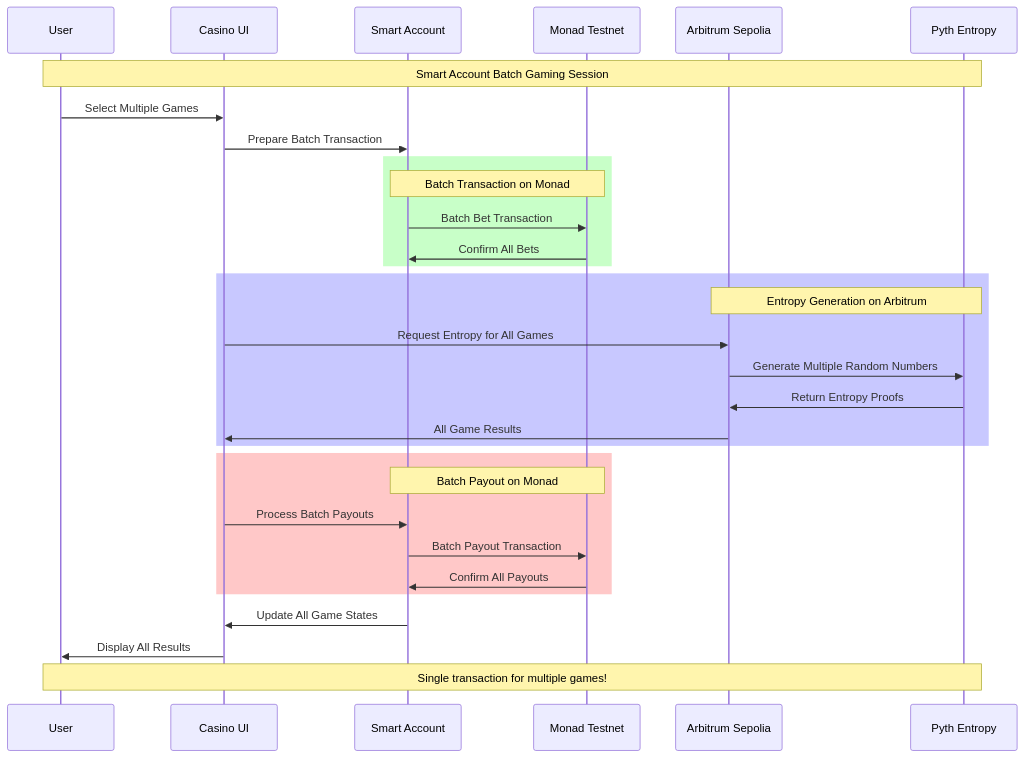
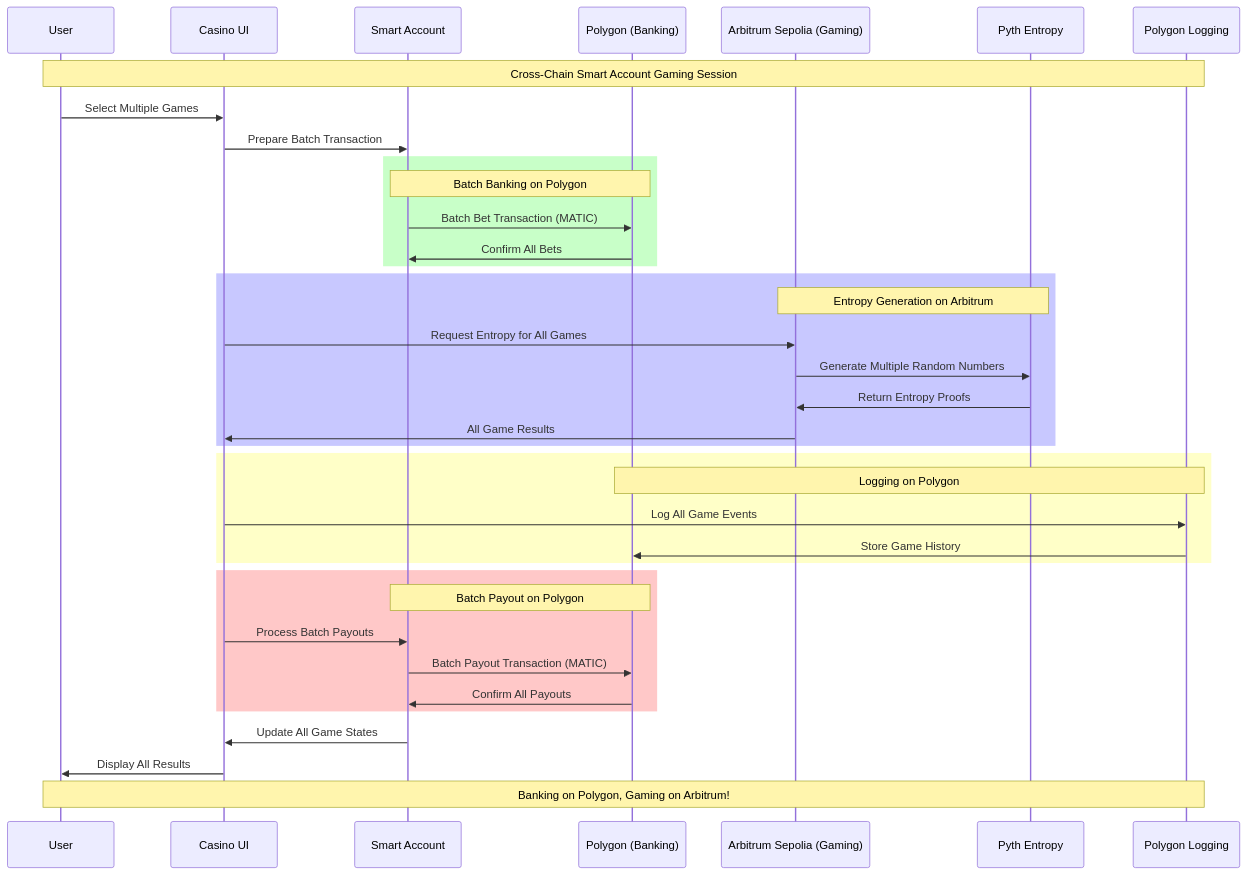
One commit to AmaanSayyad/APT-Casino-Polygon changed diagram 20 of 23 in MERMAID_DIAGRAMS.md. Above: the diagram before and after it, drawn with Mermaid. The commit also changed other lines of this file, not shown here.

````diff
--- a/MERMAID_DIAGRAMS.md
+++ b/MERMAID_DIAGRAMS.md
@@ -658,40 +699,47 @@
 ```mermaid
 sequenceDiagram
     participant U as User
     participant UI as Casino UI
     participant SA as Smart Account
-    participant MT as Monad Testnet
-    participant AS as Arbitrum Sepolia
+    participant POL as Polygon (Banking)
+    participant AS as Arbitrum Sepolia (Gaming)
     participant PE as Pyth Entropy
+    participant LOG as Polygon Logging
     
-    Note over U,PE: Smart Account Batch Gaming Session
+    Note over U,LOG: Cross-Chain Smart Account Gaming Session
     
     U->>UI: Select Multiple Games
     UI->>SA: Prepare Batch Transaction
     
     rect rgb(200, 255, 200)
-        Note over SA,MT: Batch Transaction on Monad
-        SA->>MT: Batch Bet Transaction
-        MT->>SA: Confirm All Bets
+        Note over SA,POL: Batch Banking on Polygon
+        SA->>POL: Batch Bet Transaction (MATIC)
+        POL->>SA: Confirm All Bets
     end
     
     rect rgb(200, 200, 255)
         Note over AS,PE: Entropy Generation on Arbitrum
         UI->>AS: Request Entropy for All Games
         AS->>PE: Generate Multiple Random Numbers
         PE->>AS: Return Entropy Proofs
         AS->>UI: All Game Results
     end
     
+    rect rgb(255, 255, 200)
+        Note over LOG,POL: Logging on Polygon
+        UI->>LOG: Log All Game Events
+        LOG->>POL: Store Game History
+    end
+    
     rect rgb(255, 200, 200)
-        Note over SA,MT: Batch Payout on Monad
+        Note over SA,POL: Batch Payout on Polygon
         UI->>SA: Process Batch Payouts
-        SA->>MT: Batch Payout Transaction
-        MT->>SA: Confirm All Payouts
+        SA->>POL: Batch Payout Transaction (MATIC)
+        POL->>SA: Confirm All Payouts
     end
     
     SA->>UI: Update All Game States
     UI->>U: Display All Results
     
-    Note over U,PE: Single transaction for multiple games!
+    Note over U,LOG: Banking on Polygon, Gaming on Arbitrum!
 ```
````
